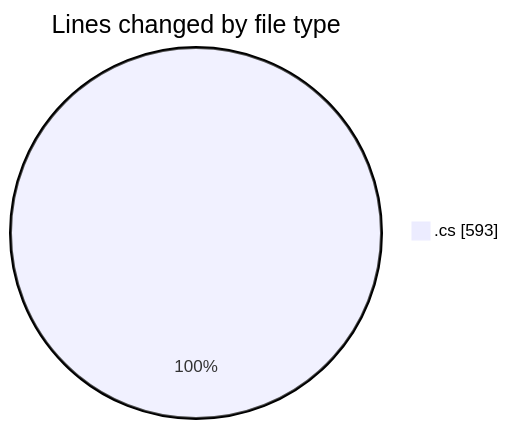
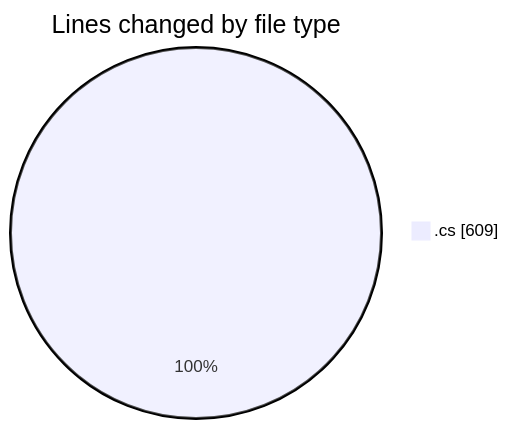
Before and after one commit to Netris89/code-tracking: the first of 2 diagrams in 2025-04-02/back-end/README.md, drawn with Mermaid. The commit also changed other lines of this file and 1 other file, not shown here.

````diff
--- a/2025-04-02/back-end/README.md
+++ b/2025-04-02/back-end/README.md
@@ -22,5 +22,5 @@
 ```mermaid
 pie showData
 title Lines changed by file type
-".cs" : 593
+".cs" : 609
 ```
````
